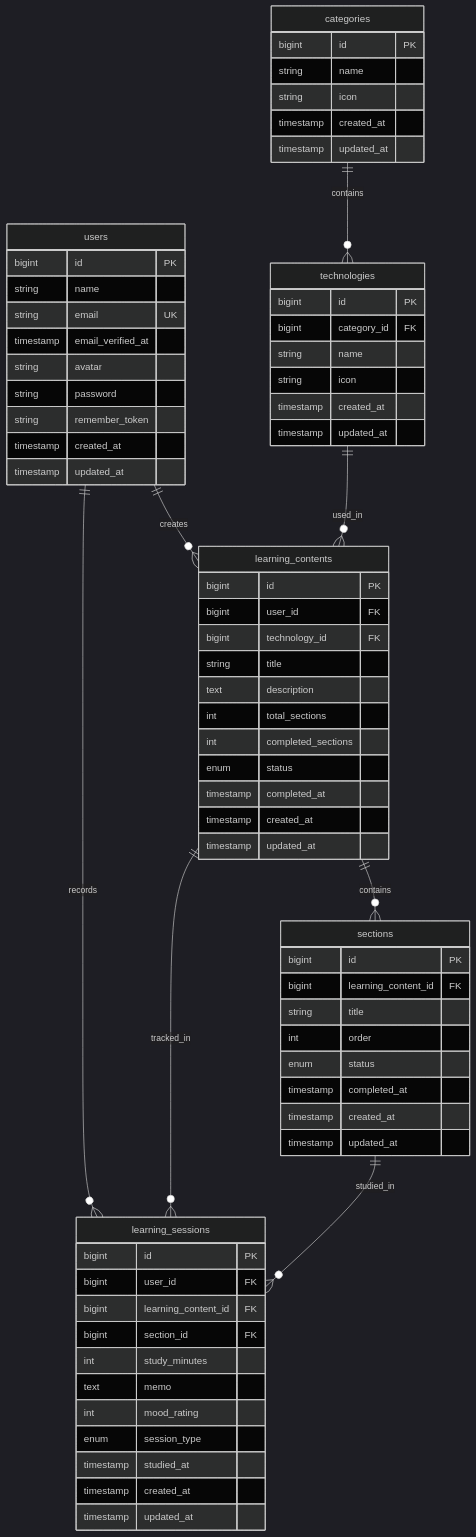
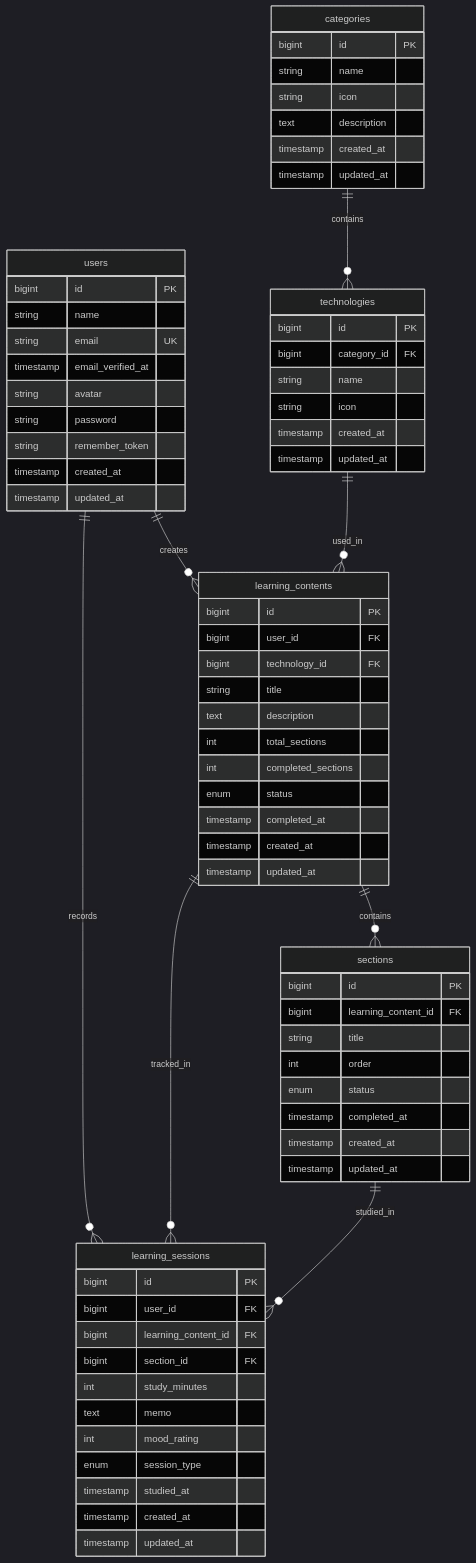
One commit to SHUN5872698/learn-track-pro changed the second of 5 diagrams in .gemini/docs/project-infos/要件定義書.md. Above: the diagram before and after it, drawn with Mermaid (dark theme). The commit also changed other lines of this file and 2 other files, not shown here.

````diff
--- a/.gemini/docs/project-infos/要件定義書.md
+++ b/.gemini/docs/project-infos/要件定義書.md
@@ -316,79 +318,80 @@
 ```mermaid
 erDiagram
     users ||--o{ learning_contents : "creates"
     users ||--o{ learning_sessions : "records"
     categories ||--o{ technologies : "contains"
     technologies ||--o{ learning_contents : "used_in"
     learning_contents ||--o{ sections : "contains"
     learning_contents ||--o{ learning_sessions : "tracked_in"
     sections ||--o{ learning_sessions : "studied_in"
 
     users {
         bigint id PK
         string name
         string email UK
         timestamp email_verified_at
         string avatar
         string password
         string remember_token
         timestamp created_at
         timestamp updated_at
     }
 
     categories {
         bigint id PK
         string name
         string icon
+        text description
         timestamp created_at
         timestamp updated_at
     }
 
     technologies {
         bigint id PK
         bigint category_id FK
         string name
         string icon
         timestamp created_at
         timestamp updated_at
     }
 
     learning_contents {
         bigint id PK
         bigint user_id FK
         bigint technology_id FK
         string title
         text description
         int total_sections
         int completed_sections
         enum status
         timestamp completed_at
         timestamp created_at
         timestamp updated_at
     }
 
     sections {
         bigint id PK
         bigint learning_content_id FK
         string title
         int order
         enum status
         timestamp completed_at
         timestamp created_at
         timestamp updated_at
     }
 
     learning_sessions {
         bigint id PK
         bigint user_id FK
         bigint learning_content_id FK
         bigint section_id FK
         int study_minutes
         text memo
         int mood_rating
         enum session_type
         timestamp studied_at
         timestamp created_at
         timestamp updated_at
     }
 
 ```
````
